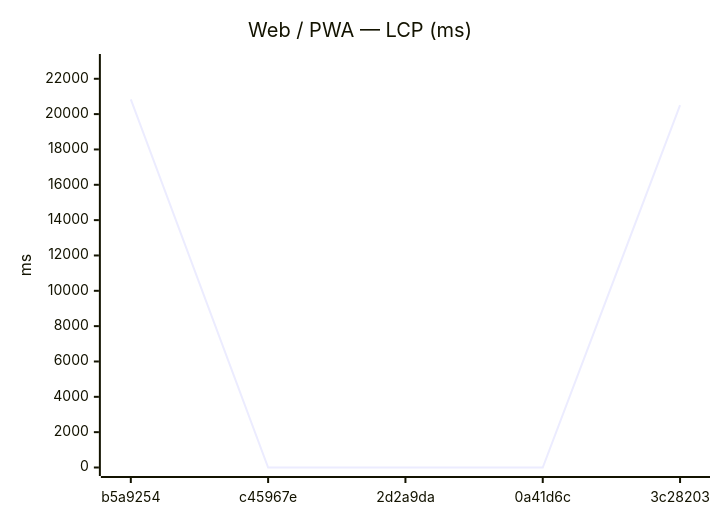
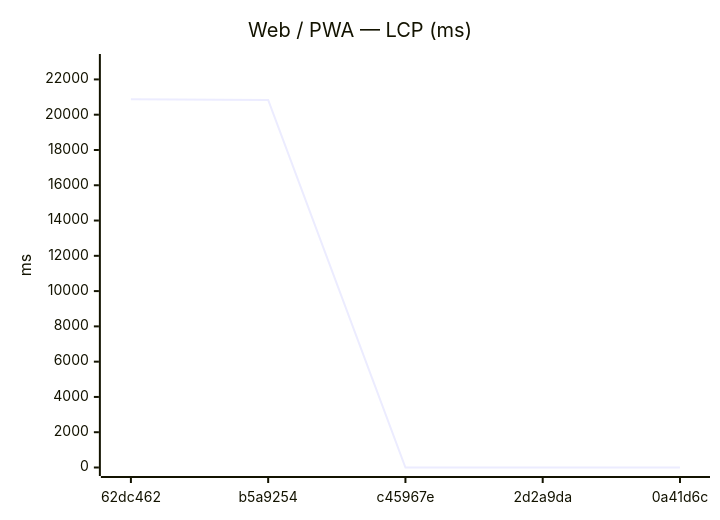
Before and after one commit to Metaheurist/Rianell: the seventh of 18 diagrams in benchmarks/compare.md, drawn with Mermaid. The commit also changed other lines of this file and 11 other files, not shown here.

````diff
--- a/benchmarks/compare.md
+++ b/benchmarks/compare.md
@@ -117,7 +117,7 @@
 ```mermaid
 xychart-beta
     title "Web / PWA — LCP (ms)"
-    x-axis ["b5a9254", "c45967e", "2d2a9da", "0a41d6c", "3c28203"]
-    y-axis "ms" 0 --> 22921
-    line [20837, 0, 0, 0, 20503]
+    x-axis ["62dc462", "b5a9254", "c45967e", "2d2a9da", "0a41d6c"]
+    y-axis "ms" 0 --> 22959
+    line [20871, 20837, 0, 0, 0]
 ```
````
